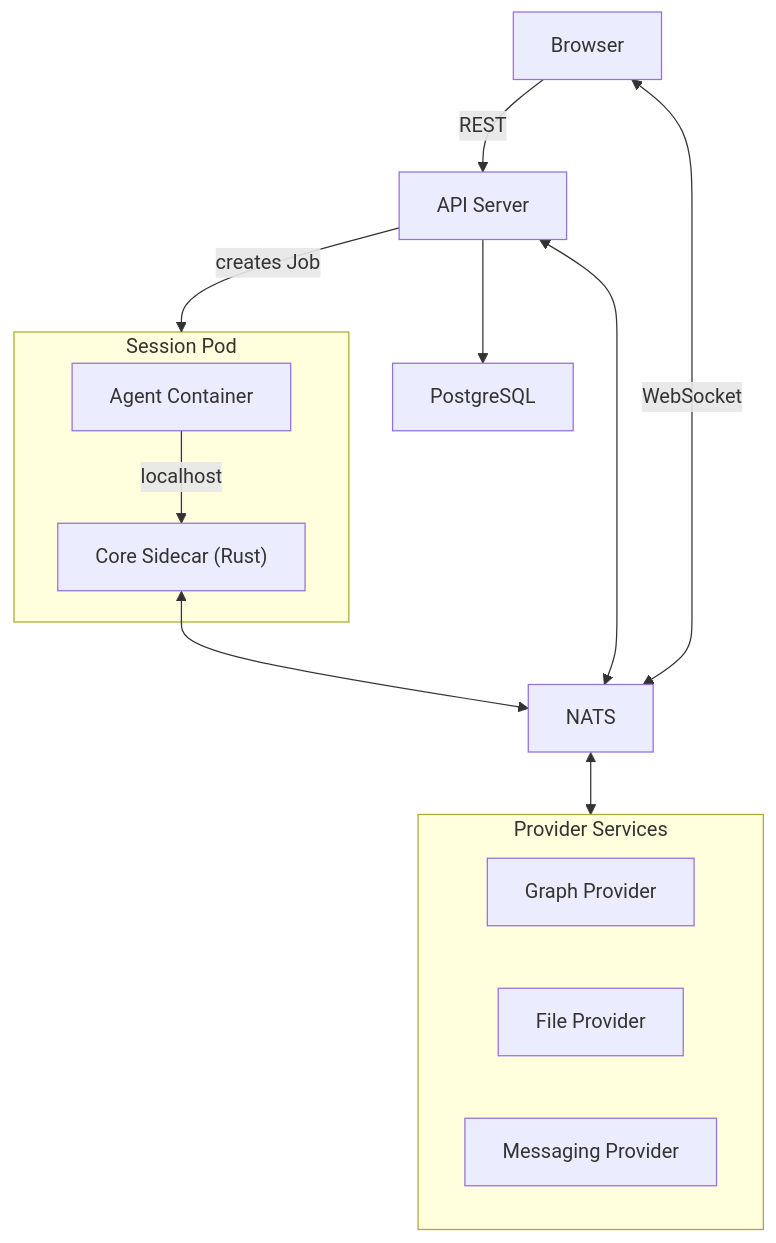
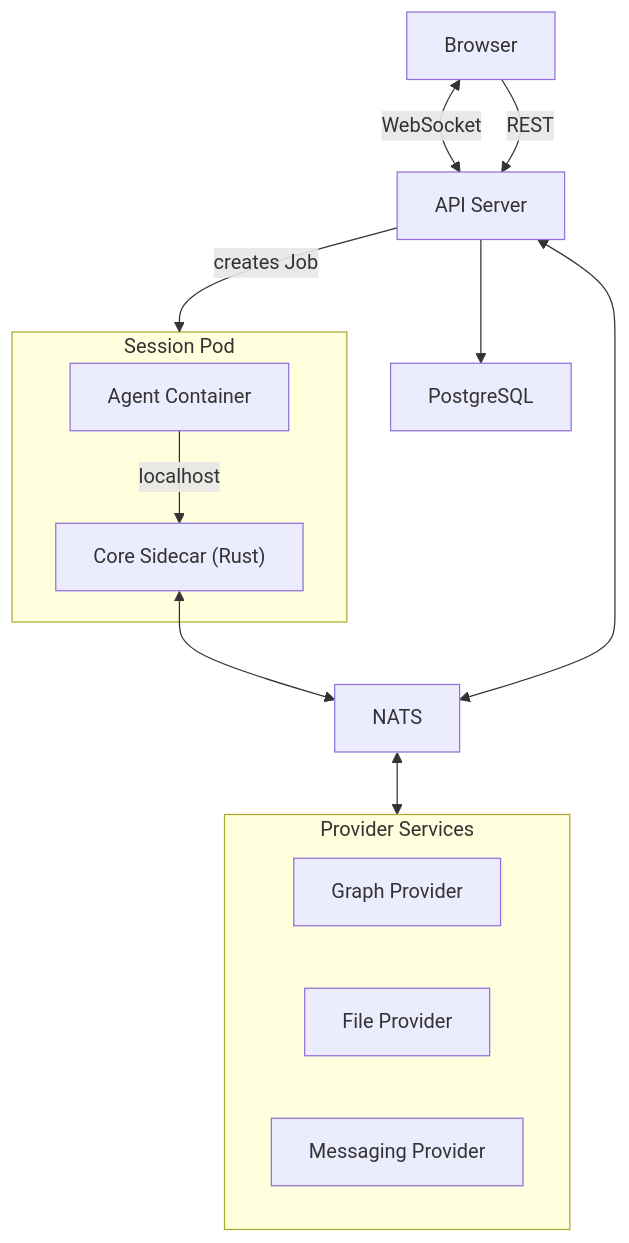
The diagram in docs/src/content/docs/index.md (x1agent/x1agent), drawn with Mermaid before and after one commit. The commit also changed 3 other files, not shown here.

````diff
--- a/docs/src/content/docs/index.md
+++ b/docs/src/content/docs/index.md
@@ -18,27 +18,27 @@
 ```mermaid
 graph TB
     subgraph pod["Session Pod"]
         agent["Agent Container"]
         sidecar["Core Sidecar (Rust)"]
     end
 
     nats["NATS"]
     api["API Server"]
     pg["PostgreSQL"]
 
     subgraph providers["Provider Services"]
         graphProv["Graph Provider"]
         files["File Provider"]
         msg["Messaging Provider"]
     end
 
     agent -- "localhost" --> sidecar
     sidecar <--> nats
     nats <--> providers
     api <--> nats
     api --> pg
     api -- "creates Job" --> pod
 
-    browser["Browser"] <-- "WebSocket" --> nats
+    browser["Browser"] <-- "WebSocket" --> api
     browser -- "REST" --> api
 ```
````
